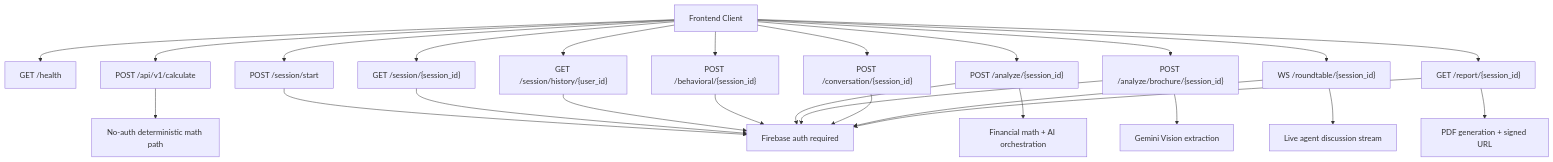
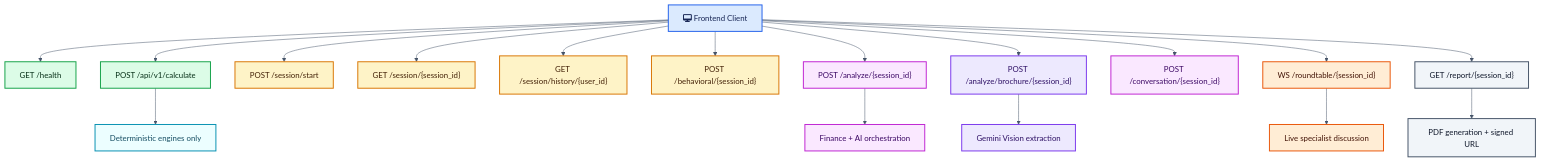
Diagram 11 of 15 in README.md (HeetRanpura/NIV-AI), drawn with Mermaid before and after one commit. The commit also changed other lines of this file, not shown here.

Commit message:
Refine README diagrams and cost model

````diff
--- a/README.md
+++ b/README.md
@@ -655,30 +899,30 @@
 ```mermaid
+%%{init: {"theme":"base","themeVariables":{"primaryColor":"#eff6ff","primaryBorderColor":"#2563eb","lineColor":"#475569","fontFamily":"Inter, Arial"}}}%%
 flowchart TB
-    Client["Frontend Client"] --> Health["GET /health"]
-    Client --> Calc["POST /api/v1/calculate"]
-    Client --> SessionStart["POST /session/start"]
-    Client --> SessionGet["GET /session/{session_id}"]
-    Client --> History["GET /session/history/{user_id}"]
-    Client --> Behavioral["POST /behavioral/{session_id}"]
-    Client --> Analyze["POST /analyze/{session_id}"]
-    Client --> Brochure["POST /analyze/brochure/{session_id}"]
-    Client --> Conversation["POST /conversation/{session_id}"]
-    Client --> Roundtable["WS /roundtable/{session_id}"]
-    Client --> Report["GET /report/{session_id}"]
+    Client["fa:fa-desktop Frontend Client"]:::client --> Health["GET /health"]:::public
+    Client --> Calc["POST /api/v1/calculate"]:::public
+    Client --> SessionStart["POST /session/start"]:::auth
+    Client --> SessionGet["GET /session/{session_id}"]:::auth
+    Client --> History["GET /session/history/{user_id}"]:::auth
+    Client --> Behavioral["POST /behavioral/{session_id}"]:::auth
+    Client --> Analyze["POST /analyze/{session_id}"]:::analysis
+    Client --> Brochure["POST /analyze/brochure/{session_id}"]:::vision
+    Client --> Conversation["POST /conversation/{session_id}"]:::analysis
+    Client --> Roundtable["WS /roundtable/{session_id}"]:::stream
+    Client --> Report["GET /report/{session_id}"]:::report
 
-    Calc --> PureMath["No-auth deterministic math path"]
-    SessionStart --> Auth["Firebase auth required"]
-    SessionGet --> Auth
-    History --> Auth
-    Behavioral --> Auth
-    Analyze --> Auth
-    Brochure --> Auth
-    Conversation --> Auth
-    Roundtable --> Auth
-    Report --> Auth
+    Calc --> Math["Deterministic engines only"]:::math
+    Analyze --> Full["Finance + AI orchestration"]:::analysis
+    Brochure --> GeminiVision["Gemini Vision extraction"]:::vision
+    Roundtable --> Live["Live specialist discussion"]:::stream
+    Report --> PDF["PDF generation + signed URL"]:::report
 
-    Analyze --> FullPipeline["Financial math + AI orchestration"]
-    Brochure --> Vision["Gemini Vision extraction"]
-    Roundtable --> Streaming["Live agent discussion stream"]
-    Report --> PDF["PDF generation + signed URL"]
+    classDef client fill:#dbeafe,stroke:#2563eb,stroke-width:2px,color:#172554;
+    classDef public fill:#dcfce7,stroke:#16a34a,stroke-width:2px,color:#052e16;
+    classDef auth fill:#fef3c7,stroke:#d97706,stroke-width:2px,color:#422006;
+    classDef analysis fill:#fae8ff,stroke:#c026d3,stroke-width:2px,color:#3b0764;
+    classDef vision fill:#ede9fe,stroke:#7c3aed,stroke-width:2px,color:#2e1065;
+    classDef stream fill:#ffedd5,stroke:#ea580c,stroke-width:2px,color:#431407;
+    classDef report fill:#f1f5f9,stroke:#475569,stroke-width:2px,color:#0f172a;
+    classDef math fill:#ecfeff,stroke:#0891b2,stroke-width:2px,color:#164e63;
 ```
````
